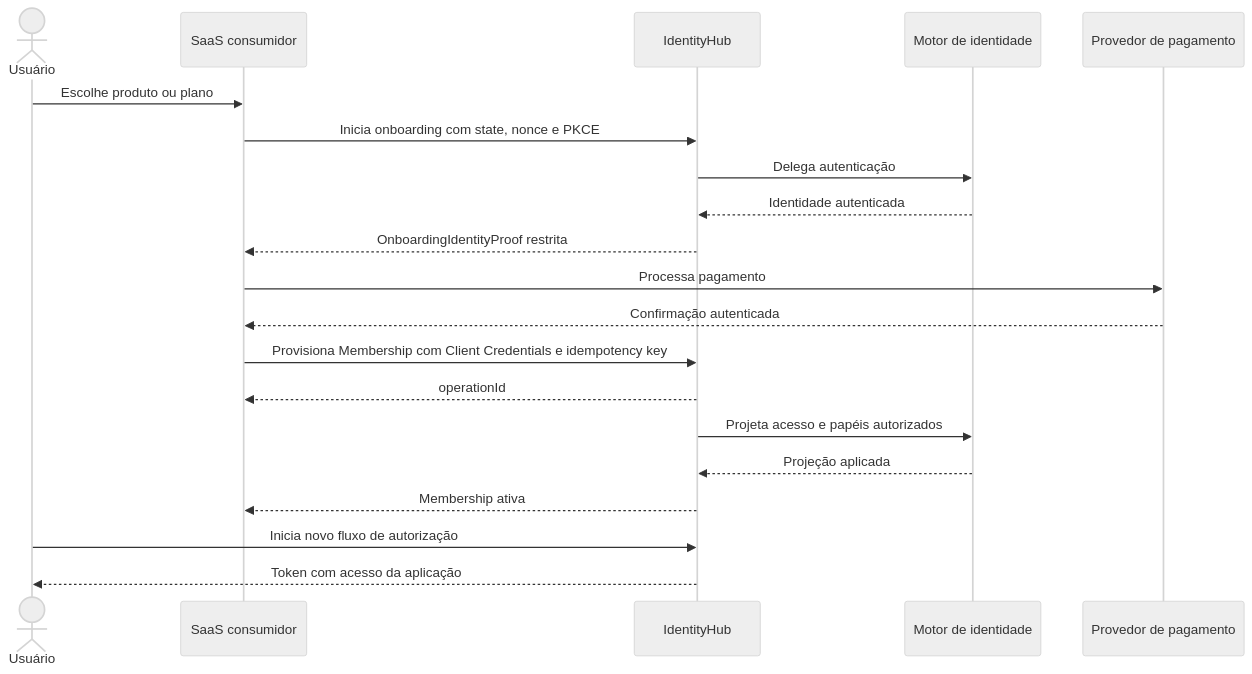
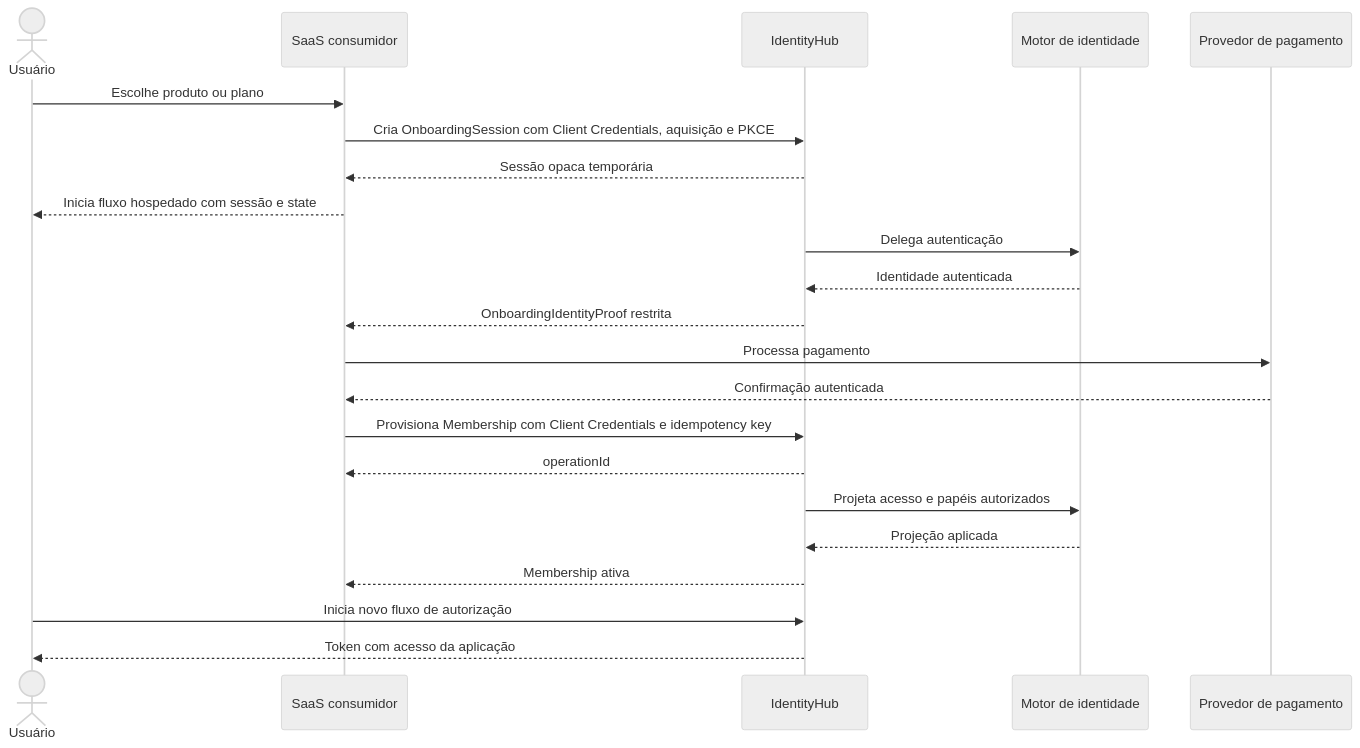
One commit to andrestamatto/identity-hub changed the third of 3 diagrams in docs/architecture.md. Above: the diagram before and after it, drawn with Mermaid (neutral theme). The commit also changed other lines of this file and 5 other files, not shown here.

Commit message:
docs(architecture): define backend-initiated onboarding

````diff
--- a/docs/architecture.md
+++ b/docs/architecture.md
@@ -502,23 +504,25 @@
 ```mermaid
 sequenceDiagram
     actor U as Usuário
     participant S as SaaS consumidor
     participant I as IdentityHub
     participant K as Motor de identidade
     participant P as Provedor de pagamento
 
     U->>S: Escolhe produto ou plano
-    S->>I: Inicia onboarding com state, nonce e PKCE
+    S->>I: Cria OnboardingSession com Client Credentials, aquisição e PKCE
+    I-->>S: Sessão opaca temporária
+    S-->>U: Inicia fluxo hospedado com sessão e state
     I->>K: Delega autenticação
     K-->>I: Identidade autenticada
     I-->>S: OnboardingIdentityProof restrita
     S->>P: Processa pagamento
     P-->>S: Confirmação autenticada
     S->>I: Provisiona Membership com Client Credentials e idempotency key
     I-->>S: operationId
     I->>K: Projeta acesso e papéis autorizados
     K-->>I: Projeção aplicada
     I-->>S: Membership ativa
     U->>I: Inicia novo fluxo de autorização
     I-->>U: Token com acesso da aplicação
 ```
````
